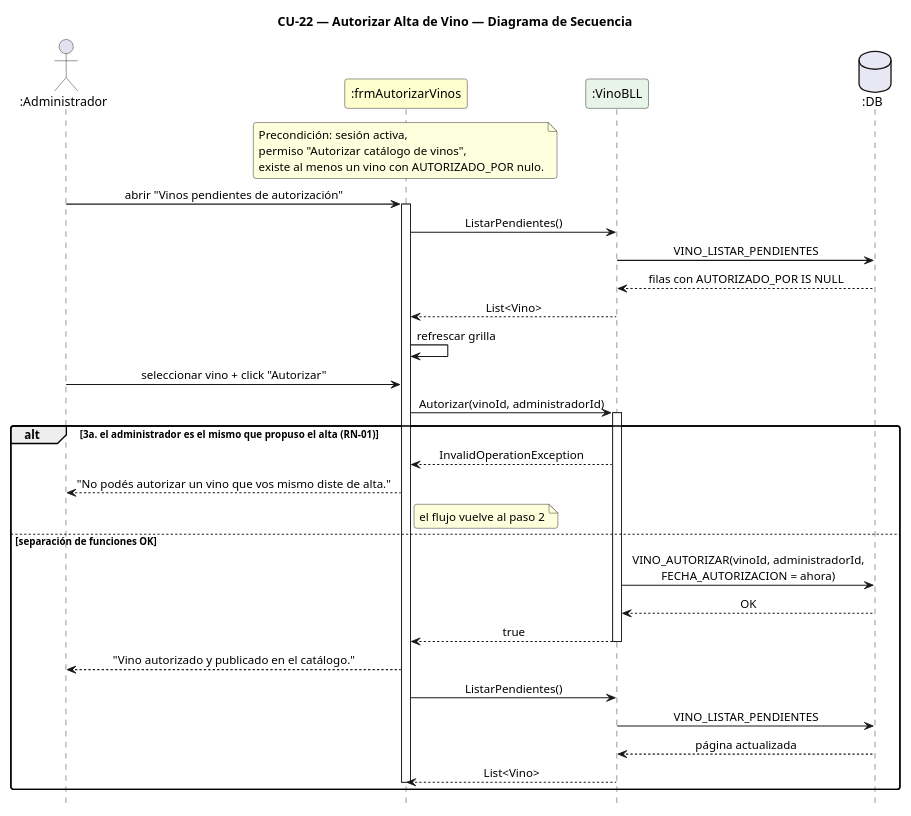
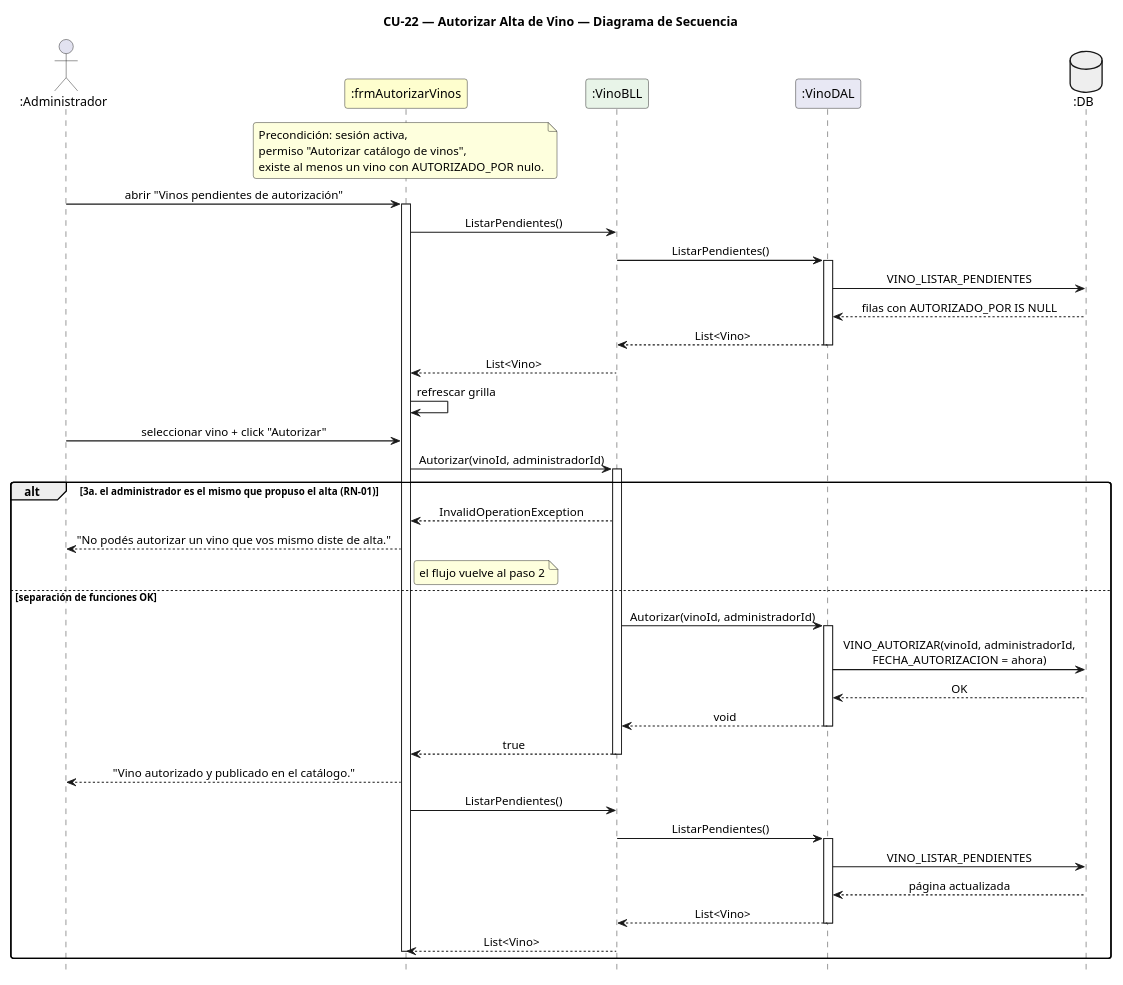
The diagram in DIAGRAMAS/DiagramaSecuencia_CU22_AutorizarAltaVino.puml (Jesifu/club-de-vinos-td), drawn with PlantUML before and after one commit. The commit also changed 17 other files, not shown here.

First line of the commit message:
docs: split alta/descontinuacion CU diagrams into CU21-27 and add CU27

```diff
--- a/DIAGRAMAS/DiagramaSecuencia_CU22_AutorizarAltaVino.puml
+++ b/DIAGRAMAS/DiagramaSecuencia_CU22_AutorizarAltaVino.puml
@@ -1,52 +1,65 @@
 @startuml DiagramaSecuencia_CU22_AutorizarAltaVino
 
 title CU-22 — Autorizar Alta de Vino — Diagrama de Secuencia
 
 skinparam shadowing false
 skinparam roundcorner 6
 skinparam sequenceArrowThickness 1.2
 skinparam sequenceMessageAlign center
 hide footbox
 scale 0.8
 
 actor       ":Administrador"     as A
 participant ":frmAutorizarVinos" as FA #FEFECE
 participant ":VinoBLL"           as VB #E8F4E8
-database    ":DB"                as DB #E8E8F4
+participant ":VinoDAL"           as VD #E8E8F4
+database    ":DB"                as DB #EEEEEE
 
 note over FA
   Precondición: sesión activa,
   permiso "Autorizar catálogo de vinos",
   existe al menos un vino con AUTORIZADO_POR nulo.
 end note
 
 A -> FA : abrir "Vinos pendientes de autorización"
 activate FA
 FA -> VB : ListarPendientes()
-VB -> DB : VINO_LISTAR_PENDIENTES
-DB --> VB : filas con AUTORIZADO_POR IS NULL
+VB -> VD : ListarPendientes()
+activate VD
+VD -> DB : VINO_LISTAR_PENDIENTES
+DB --> VD : filas con AUTORIZADO_POR IS NULL
+VD --> VB : List<Vino>
+deactivate VD
 VB --> FA : List<Vino>
 FA -> FA : refrescar grilla
 
 A -> FA : seleccionar vino + click "Autorizar"
 FA -> VB : Autorizar(vinoId, administradorId)
 activate VB
 
 alt 3a. el administrador es el mismo que propuso el alta (RN-01)
   VB --> FA : InvalidOperationException
   FA --> A : "No podés autorizar un vino que vos mismo diste de alta."
   note right of FA : el flujo vuelve al paso 2
 else separación de funciones OK
-  VB -> DB : VINO_AUTORIZAR(vinoId, administradorId,\nFECHA_AUTORIZACION = ahora)
-  DB --> VB : OK
+  VB -> VD : Autorizar(vinoId, administradorId)
+  activate VD
+  VD -> DB : VINO_AUTORIZAR(vinoId, administradorId,\nFECHA_AUTORIZACION = ahora)
+  DB --> VD : OK
+  VD --> VB : void
+  deactivate VD
   VB --> FA : true
   deactivate VB
   FA --> A : "Vino autorizado y publicado en el catálogo."
   FA -> VB : ListarPendientes()
-  VB -> DB : VINO_LISTAR_PENDIENTES
-  DB --> VB : página actualizada
+  VB -> VD : ListarPendientes()
+  activate VD
+  VD -> DB : VINO_LISTAR_PENDIENTES
+  DB --> VD : página actualizada
+  VD --> VB : List<Vino>
+  deactivate VD
   VB --> FA : List<Vino>
   deactivate FA
 end
 
 @enduml
```
